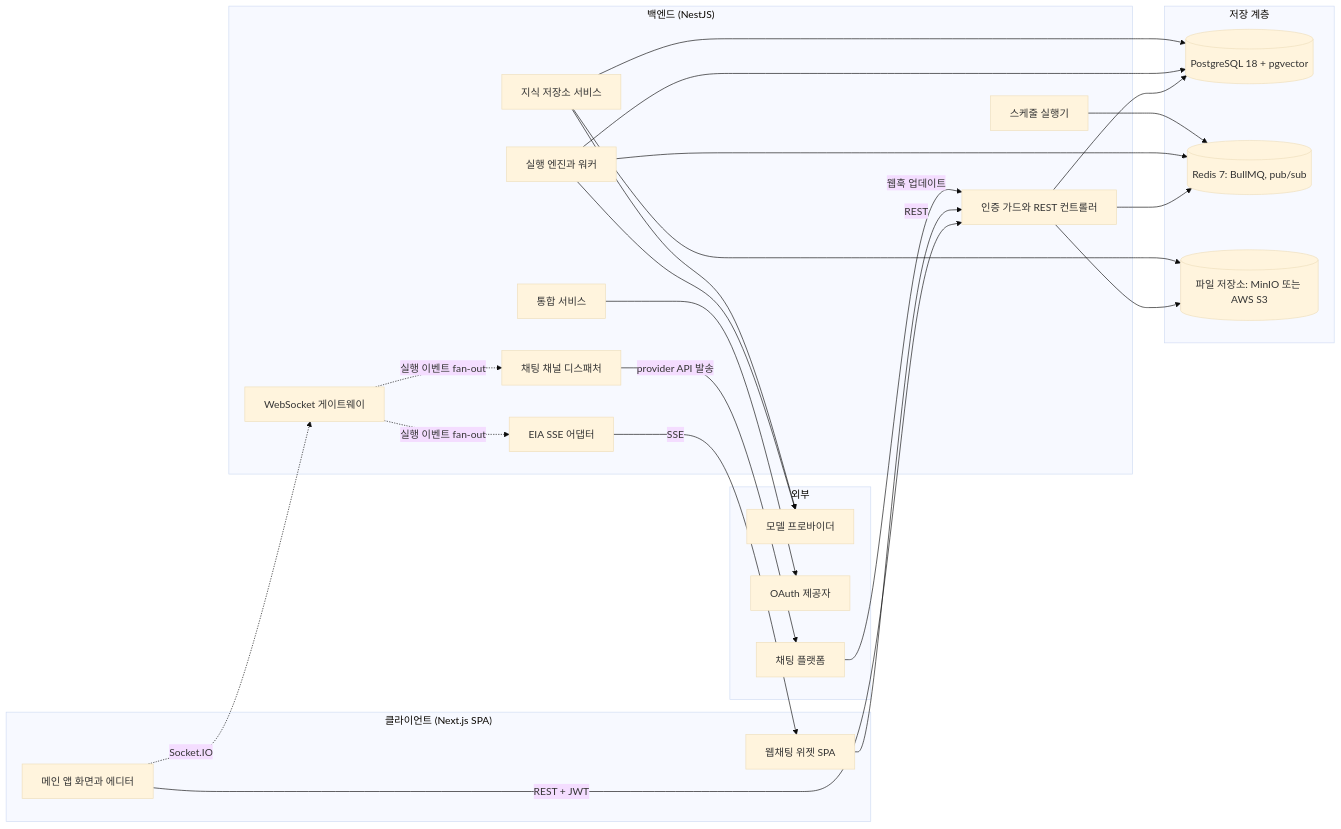
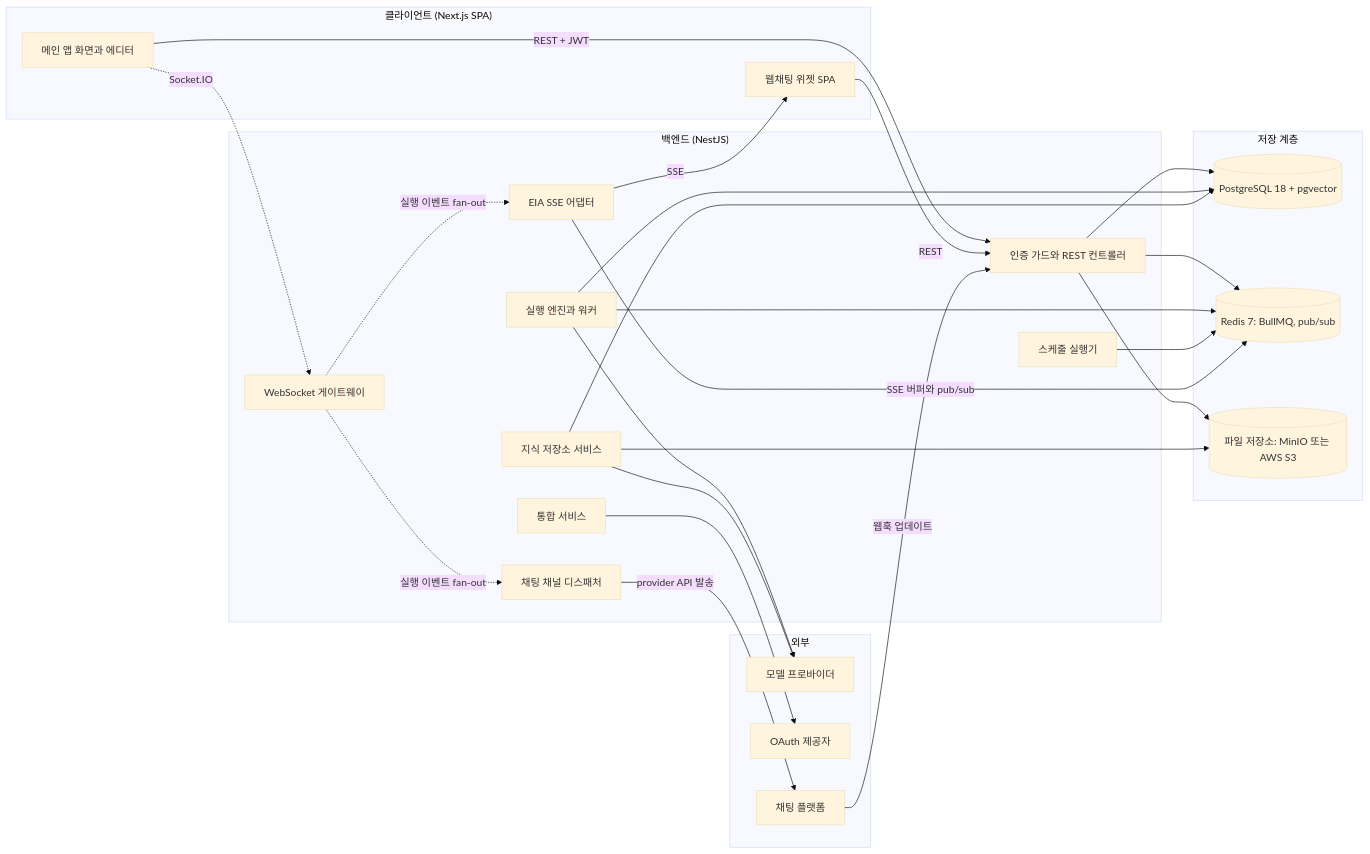
One commit to worker-ants/clemvion changed the diagram in spec/CLE-PLAT/CLE-PLAT-ARCH.md. Above: the diagram before and after it, drawn with Mermaid (base theme). The commit also changed other lines of this file and 32 other files, not shown here.

````diff
--- a/spec/CLE-PLAT/CLE-PLAT-ARCH.md
+++ b/spec/CLE-PLAT/CLE-PLAT-ARCH.md
@@ -41,46 +41,47 @@
 ```mermaid
 flowchart LR
   subgraph Client["클라이언트 (Next.js SPA)"]
     UI["메인 앱 화면과 에디터"]
     WIDGET["웹채팅 위젯 SPA"]
   end
   subgraph Backend["백엔드 (NestJS)"]
     GW["인증 가드와 REST 컨트롤러"]
     WS["WebSocket 게이트웨이"]
     ENGINE["실행 엔진과 워커"]
     KBS["지식 저장소 서비스"]
     INTEG["통합 서비스"]
     SCHED["스케줄 실행기"]
     CHCH["채팅 채널 디스패처"]
     EIA["EIA SSE 어댑터"]
   end
   subgraph Storage["저장 계층"]
     PG[("PostgreSQL 18 + pgvector")]
     REDIS[("Redis 7: BullMQ, pub/sub")]
     S3[("파일 저장소: MinIO 또는 AWS S3")]
   end
   subgraph External["외부"]
     LLM["모델 프로바이더"]
     OAUTH["OAuth 제공자"]
     CHATP["채팅 플랫폼"]
   end
   UI -->|REST + JWT| GW
   UI -.->|Socket.IO| WS
   WIDGET -->|REST| GW
   EIA -->|SSE| WIDGET
   CHATP -->|웹훅 업데이트| GW
   CHCH -->|provider API 발송| CHATP
   GW --> PG
   GW --> REDIS
   GW --> S3
   ENGINE --> PG
   ENGINE --> REDIS
   ENGINE --> LLM
   KBS --> PG
   KBS --> S3
   KBS --> LLM
   INTEG --> OAUTH
   SCHED --> REDIS
+  EIA -->|SSE 버퍼와 pub/sub| REDIS
   WS -.->|실행 이벤트 fan-out| CHCH
   WS -.->|실행 이벤트 fan-out| EIA
 ```
````
